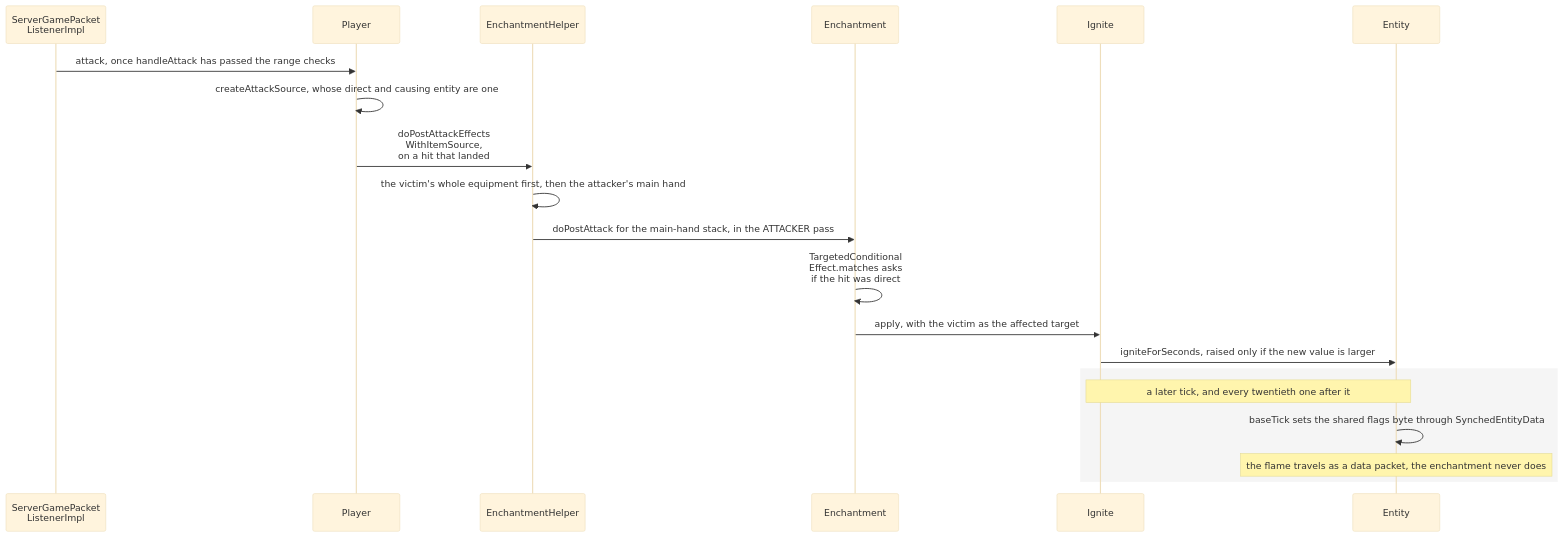
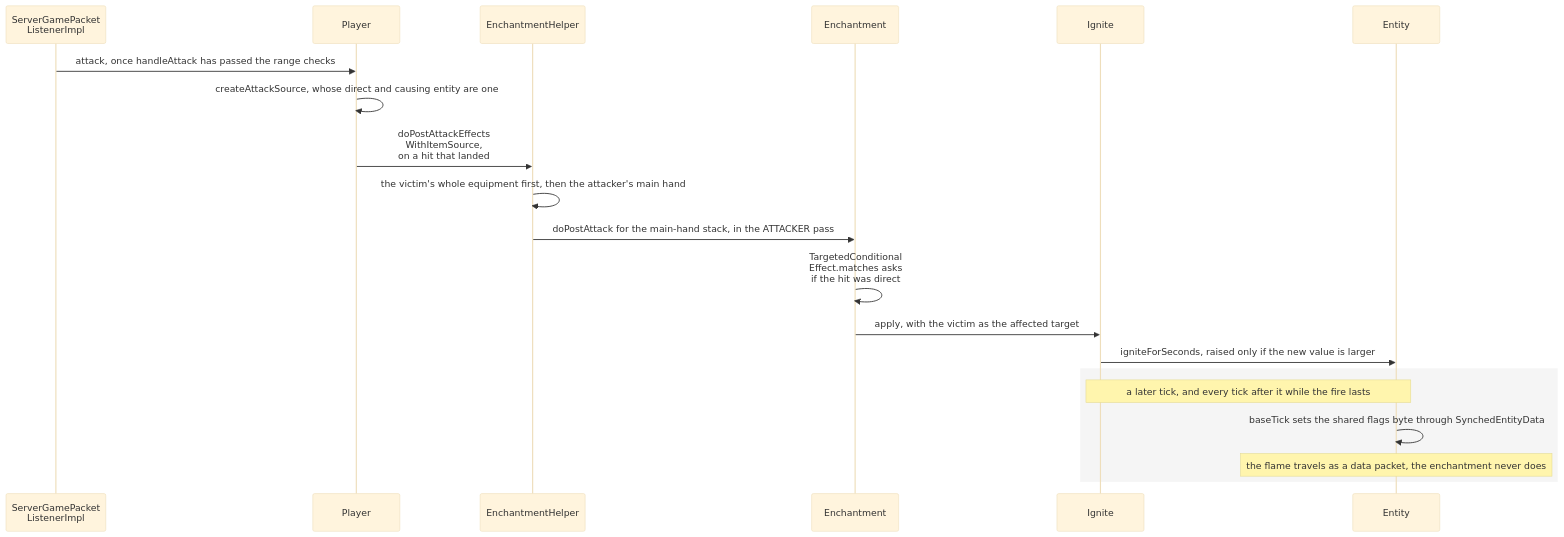
The second of 2 diagrams in src/systems/items/enchantments.md (AlexanderjFraser/MinecraftDocs), drawn with Mermaid (base theme) before and after one commit. The commit also changed other lines of this file and 17 other files, not shown here.

````diff
--- a/src/systems/items/enchantments.md
+++ b/src/systems/items/enchantments.md
@@ -188,23 +186,23 @@
 ```mermaid
 sequenceDiagram
     participant SGPL as ServerGamePacket<br/>ListenerImpl
     participant Player as Player
     participant EH as EnchantmentHelper
     participant Ench as Enchantment
     participant Ignite as Ignite
     participant Entity as Entity
 
     SGPL->>Player: attack, once handleAttack has passed the range checks
     Player->>Player: createAttackSource, whose direct and causing entity are one
     Player->>EH: doPostAttackEffects<br/>WithItemSource,<br/>on a hit that landed
     EH->>EH: the victim's whole equipment first, then the attacker's main hand
     EH->>Ench: doPostAttack for the main-hand stack, in the ATTACKER pass
     Ench->>Ench: TargetedConditional<br/>Effect.matches asks <br/>if the hit was direct
     Ench->>Ignite: apply, with the victim as the affected target
     Ignite->>Entity: igniteForSeconds, raised only if the new value is larger
     rect rgba(0, 0, 0, 0.04)
-        Note over Ignite,Entity: a later tick, and every twentieth one after it
+        Note over Ignite,Entity: a later tick, and every tick after it while the fire lasts
         Entity->>Entity: baseTick sets the shared flags byte through SynchedEntityData
         Note over Entity: the flame travels as a data packet, the enchantment never does
     end
 ```
````
